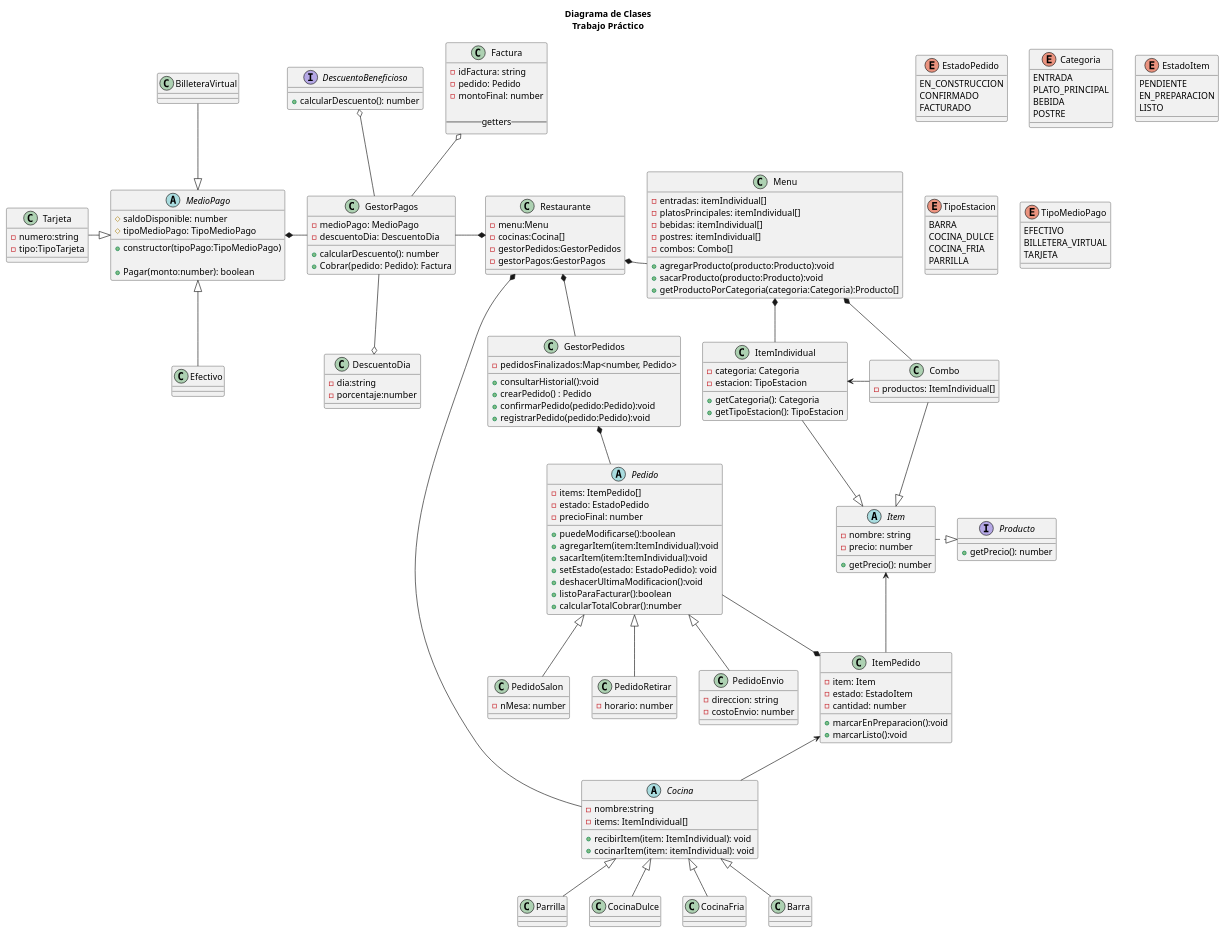
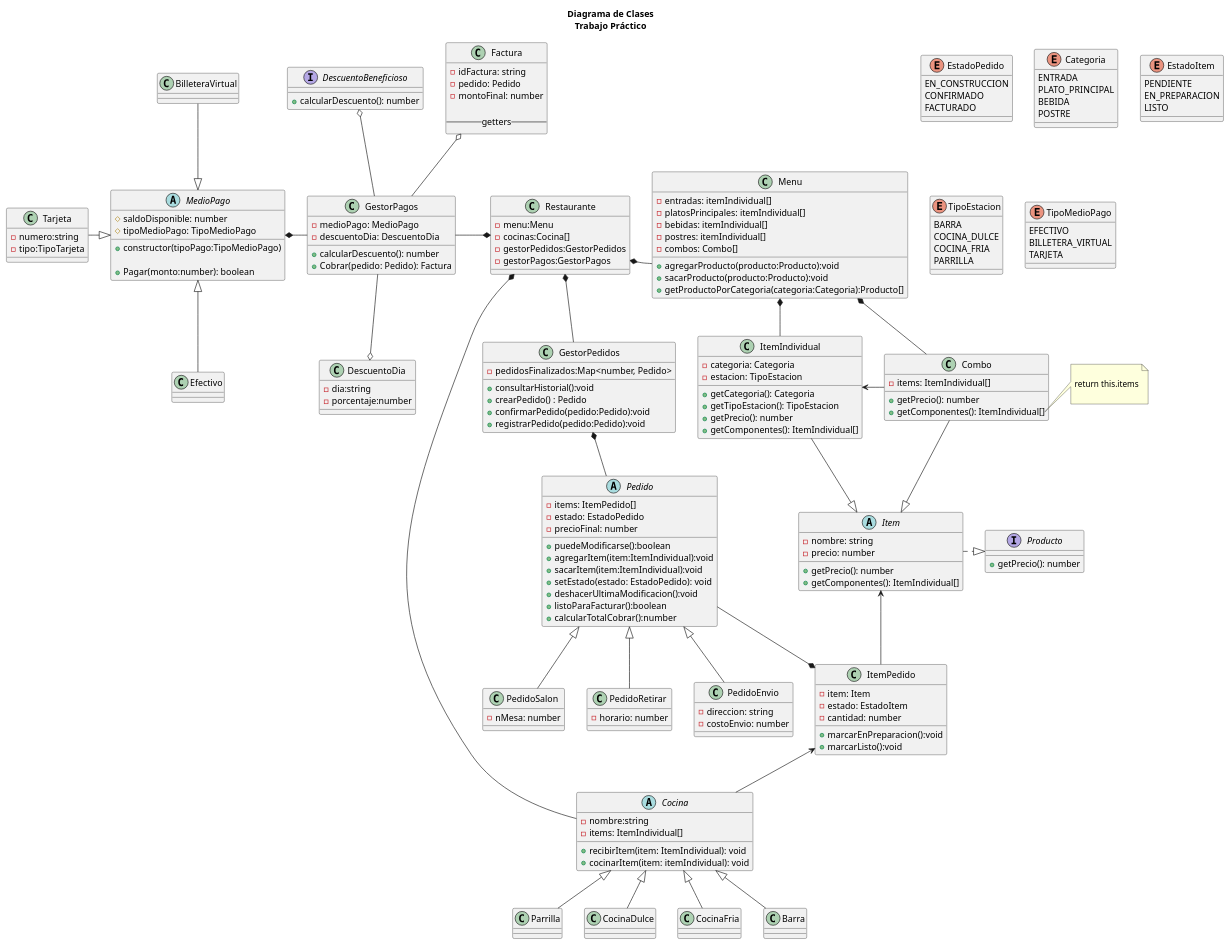
The diagram in diagrama/diagrama.puml (crstian8819/tp-grupo-11), drawn with PlantUML before and after one commit. The commit also changed 1 other file, not shown here.

```diff
--- a/diagrama/diagrama.puml
+++ b/diagrama/diagrama.puml
@@ -97,14 +97,17 @@
         -precio: number
         
         +getPrecio(): number
+        +getComponentes(): ItemIndividual[]
     }
 
     class ItemIndividual {
         -categoria: Categoria
         -estacion: TipoEstacion
-
+        
         +getCategoria(): Categoria
         +getTipoEstacion(): TipoEstacion
+        +getPrecio(): number
+        +getComponentes(): ItemIndividual[]
     }
 
     class ItemPedido {
@@ -117,9 +120,17 @@
     }
 
     class Combo {
-        -productos: ItemIndividual[]
+        -items: ItemIndividual[]
+        
+        +getPrecio(): number
+        +getComponentes(): ItemIndividual[]
     }
 
+    note right of Combo::getComponentes()
+        
+        return this.items
+    
+    end note
     '--------------------- COCINA ----------------------
 
     abstract class Cocina {
```
